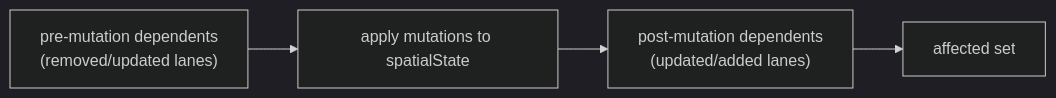
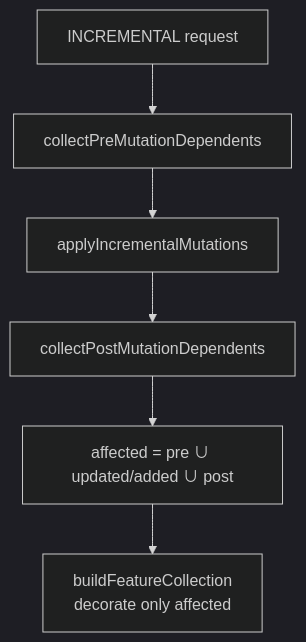
Before and after one commit to SakuraPuare/apollo-map-studio: the second of 3 diagrams in docs/architecture/junction-graph.md, drawn with Mermaid (dark theme). The commit also changed other lines of this file and 414 other files, not shown here.

````diff
--- a/docs/architecture/junction-graph.md
+++ b/docs/architecture/junction-graph.md
@@ -54,9 +132,8 @@
 ```mermaid
-flowchart LR
-  Pre["pre-mutation dependents<br/>(removed/updated lanes)"]
-  Apply["apply mutations to spatialState"]
-  Post["post-mutation dependents<br/>(updated/added lanes)"]
-  Affected["affected set"]
-
-  Pre --> Apply --> Post --> Affected
+flowchart TB
+  Start[INCREMENTAL request] --> Pre[collectPreMutationDependents]
+  Pre --> Mut[applyIncrementalMutations]
+  Mut --> Post[collectPostMutationDependents]
+  Post --> Affected[affected = pre ∪ updated/added ∪ post]
+  Affected --> Build[buildFeatureCollection<br/>decorate only affected]
 ```
````
